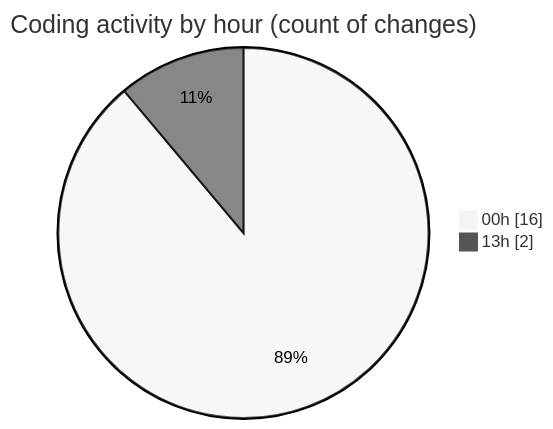
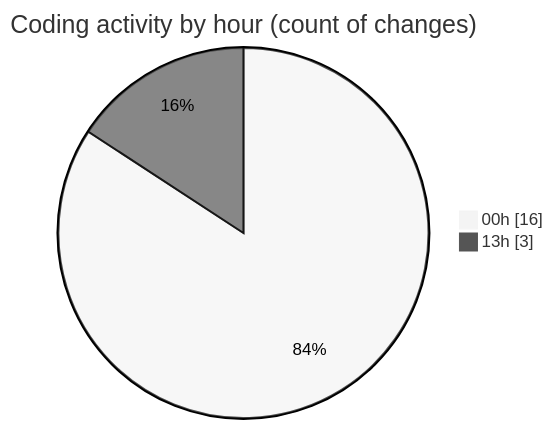
The second of 2 diagrams in 2025-07-27/vtuber/README.md (EIIisD/code-tracking), drawn with Mermaid (neutral theme) before and after one commit. The commit also changed other lines of this file and 1 other file, not shown here.

````diff
--- a/2025-07-27/vtuber/README.md
+++ b/2025-07-27/vtuber/README.md
@@ -35,6 +35,6 @@
 ```mermaid
 pie showData
 title Coding activity by hour (count of changes)
 "00h" : 16
-"13h" : 2
+"13h" : 3
 ```
````
